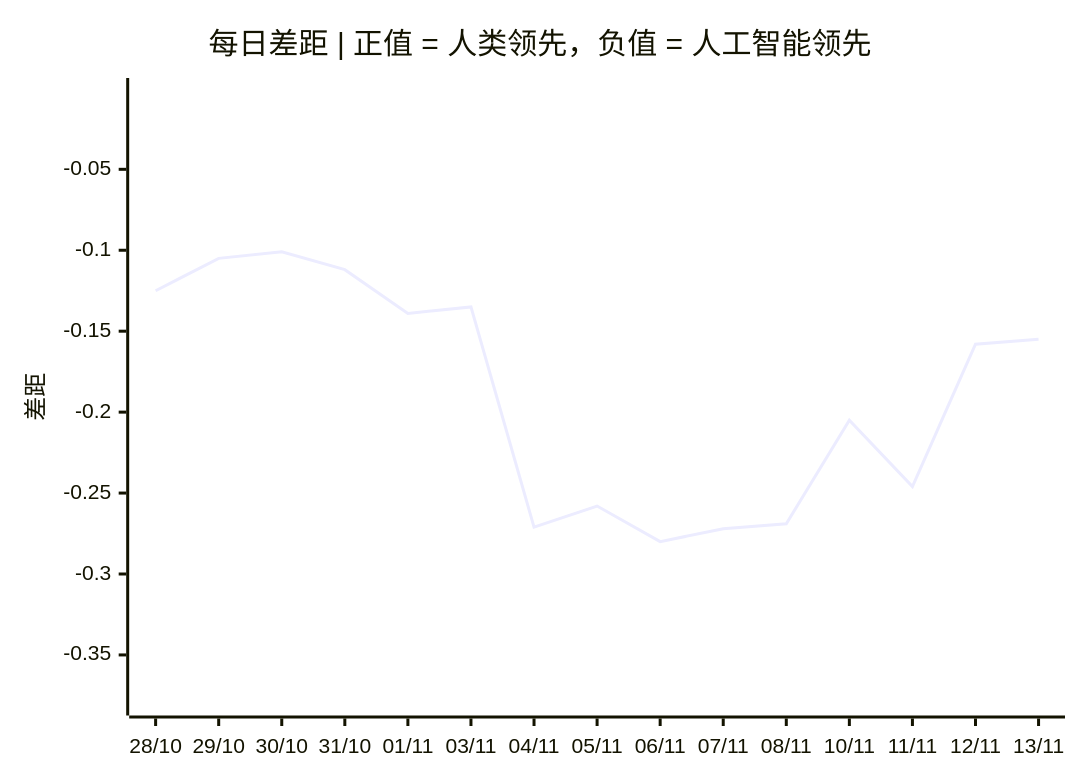
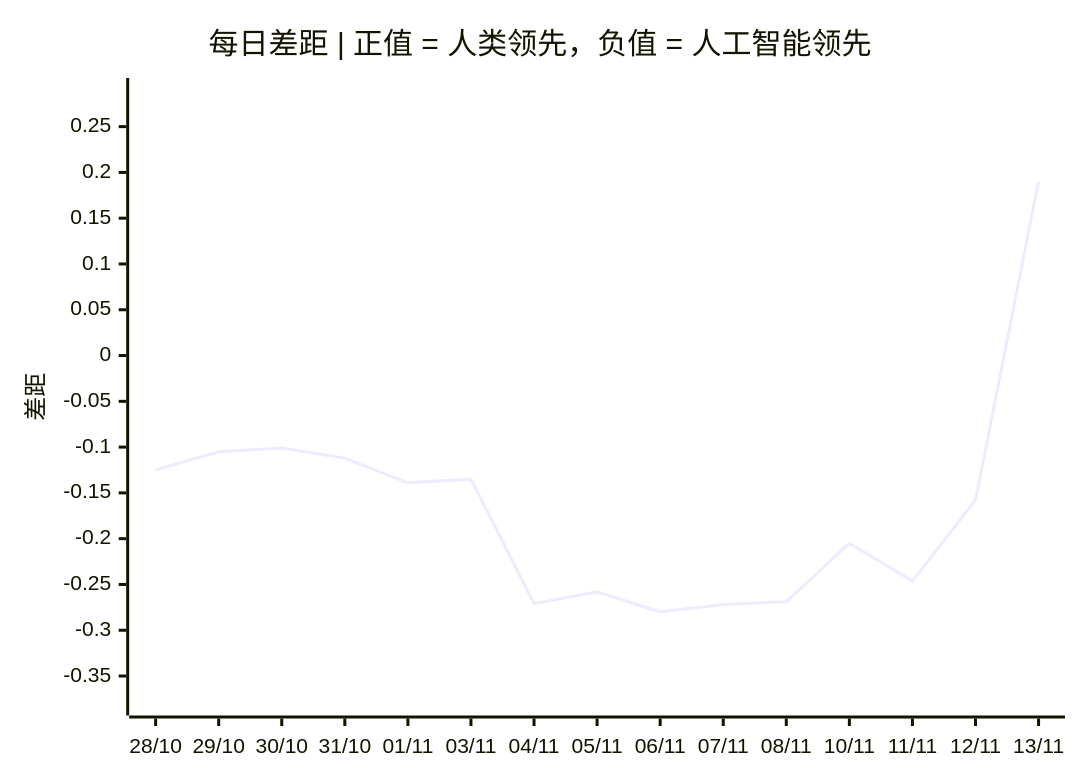
Before and after one commit to VQQLK/Human-AI-Monitor: the third of 3 diagrams in README.zh.md, drawn with Mermaid. The commit also changed other lines of this file and 4 other files, not shown here.

````diff
--- a/README.zh.md
+++ b/README.zh.md
@@ -56,7 +56,7 @@
 ```mermaid
 xychart-beta
     title "每日差距 | 正值 = 人类领先，负值 = 人工智能领先"
     x-axis ["28/10", "29/10", "30/10", "31/10", "01/11", "03/11", "04/11", "05/11", "06/11", "07/11", "08/11", "10/11", "11/11", "12/11", "13/11"]
-    y-axis "差距" -0.380 --> -0.001
-    line [-0.125, -0.105, -0.101, -0.112, -0.139, -0.135, -0.271, -0.258, -0.280, -0.272, -0.269, -0.205, -0.246, -0.158, -0.155]
+    y-axis "差距" -0.380 --> 0.290
+    line [-0.125, -0.105, -0.101, -0.112, -0.139, -0.135, -0.271, -0.258, -0.280, -0.272, -0.269, -0.205, -0.246, -0.158, 0.190]
 ```
````
